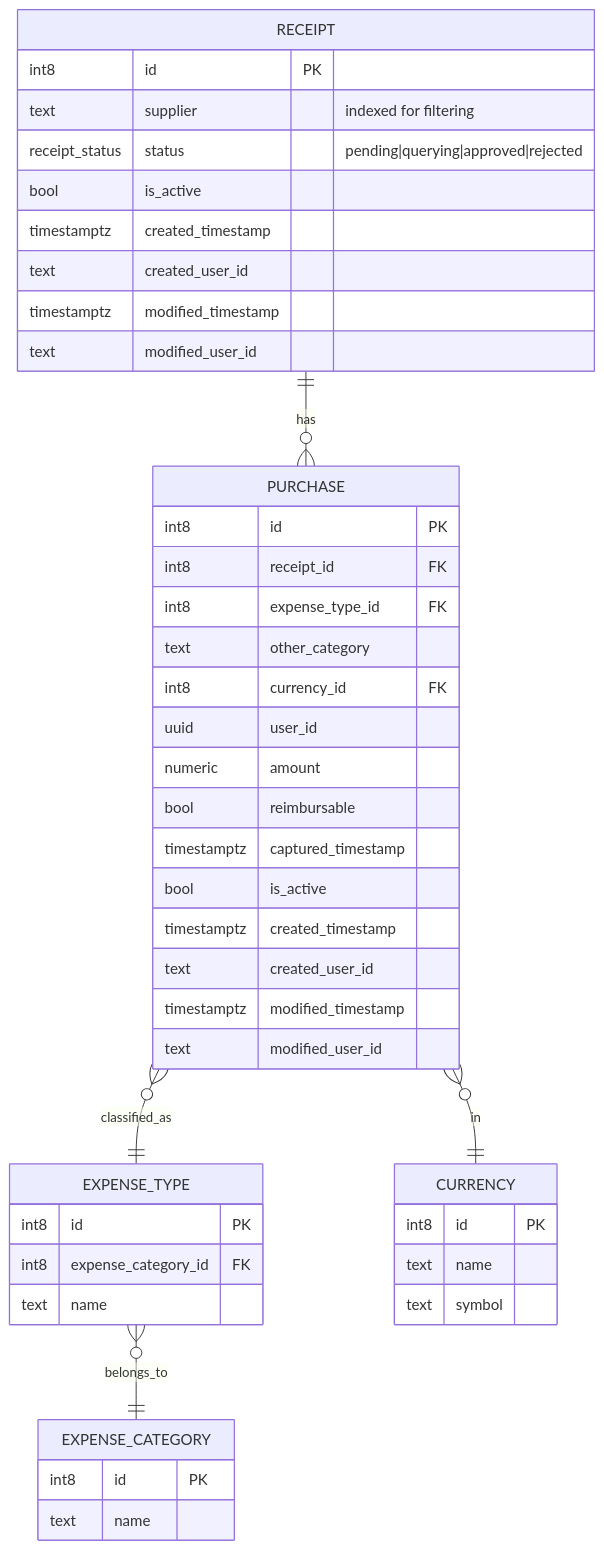
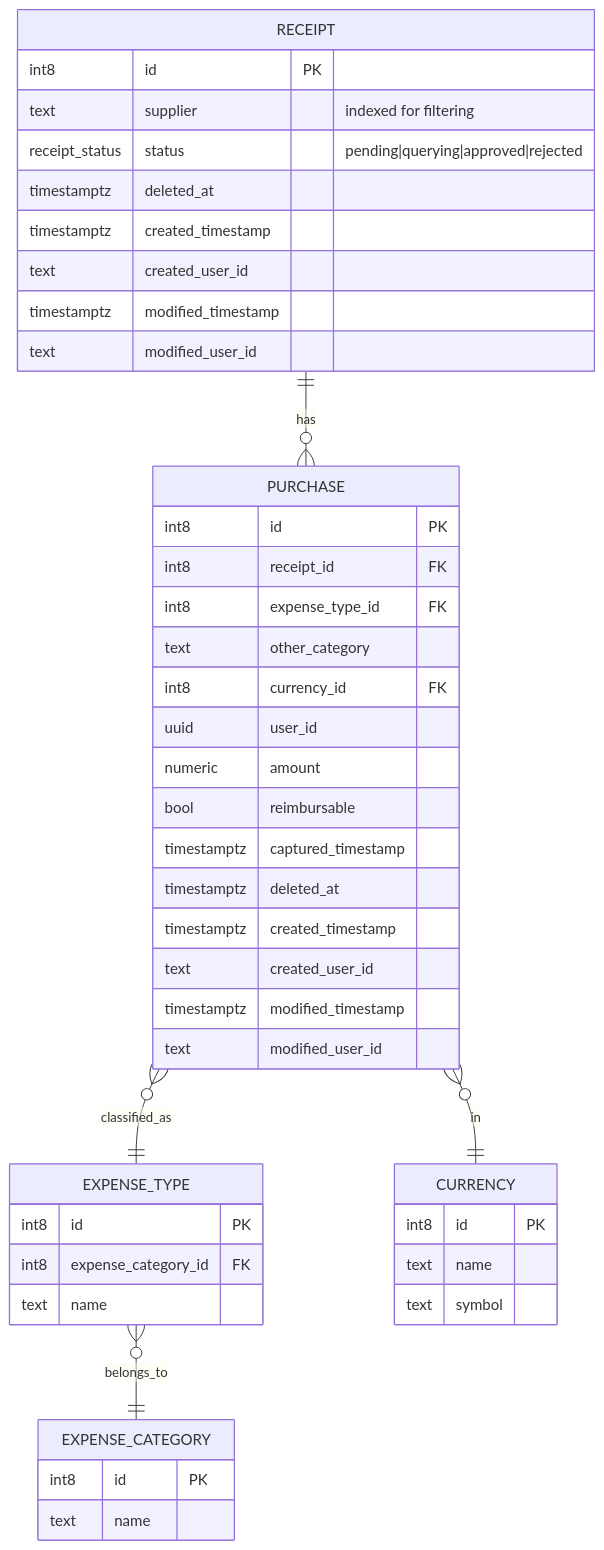
One commit to Innodat/agriplatform changed the first of 4 diagrams in docs/finance/receipt-capturing-frd.md. Above: the diagram before and after it, drawn with Mermaid. The commit also changed 36 other files, not shown here.

````diff
--- a/docs/finance/receipt-capturing-frd.md
+++ b/docs/finance/receipt-capturing-frd.md
@@ -18,52 +18,52 @@
 ```mermaid
 erDiagram
   RECEIPT ||--o{ PURCHASE : has
   PURCHASE }o--|| EXPENSE_TYPE : classified_as
   EXPENSE_TYPE }o--|| EXPENSE_CATEGORY : belongs_to
   PURCHASE }o--|| CURRENCY : in
 
   RECEIPT {
     int8 id PK
     text supplier  "indexed for filtering"
     receipt_status status "pending|querying|approved|rejected"
-    bool is_active
+    timestamptz deleted_at
     timestamptz created_timestamp
     text created_user_id
     timestamptz modified_timestamp
     text modified_user_id
   }
 
   PURCHASE {
     int8 id PK
     int8 receipt_id FK
     int8 expense_type_id FK
     text other_category
     int8 currency_id FK
     uuid user_id
     numeric amount
     bool reimbursable
     timestamptz captured_timestamp
-    bool is_active
+    timestamptz deleted_at
     timestamptz created_timestamp
     text created_user_id
     timestamptz modified_timestamp
     text modified_user_id
   }
 
   EXPENSE_TYPE {
     int8 id PK
     int8 expense_category_id FK
     text name
   }
 
   EXPENSE_CATEGORY {
     int8 id PK
     text name
   }
 
   CURRENCY {
     int8 id PK
     text name
     text symbol
   }
 ```
````
